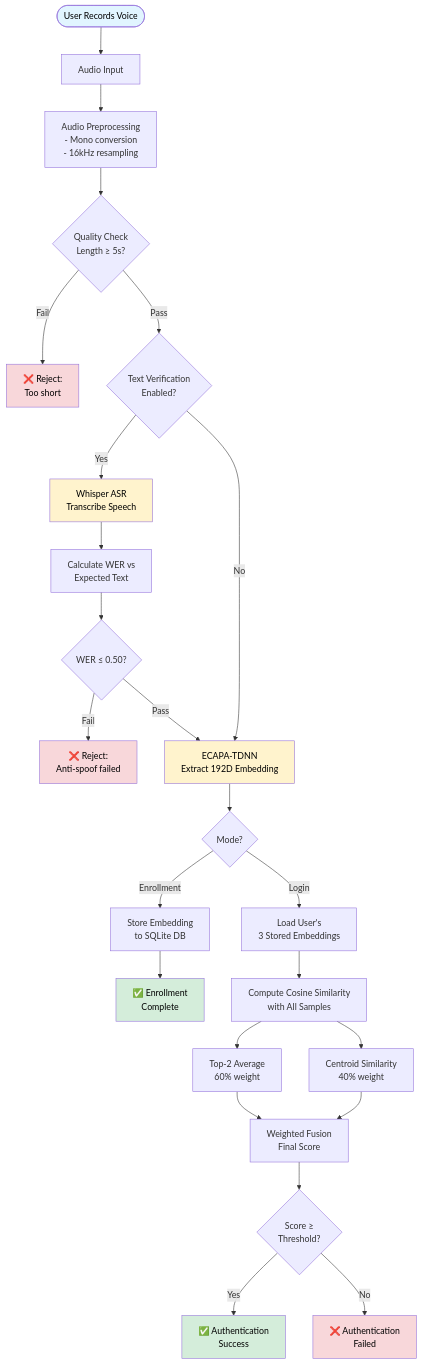
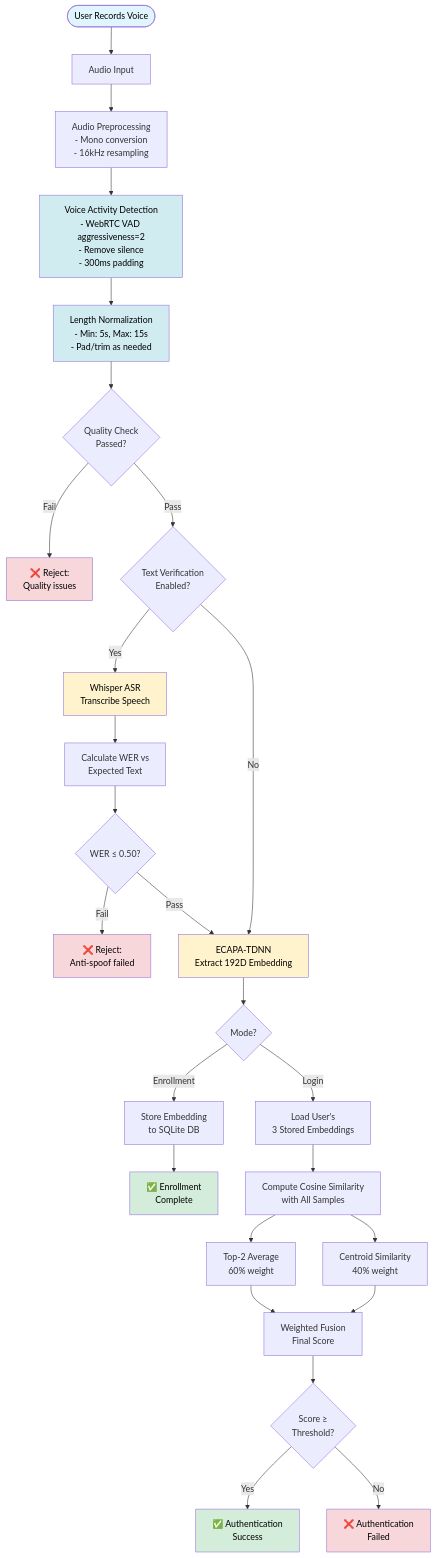
Before and after one commit to phatpham9/Voice-Login-ECAPA-TDNN: the diagram in README.md, drawn with Mermaid. The commit also changed other lines of this file and 2 other files, not shown here.

Commit message:
feat: integrate WebRTC VAD for improved audio preprocessing in embedding extraction

````diff
--- a/README.md
+++ b/README.md
@@ -226,40 +303,44 @@
 ```mermaid
 flowchart TB
     Start([User Records Voice]) --> AudioInput[Audio Input]
     AudioInput --> Preprocessing[Audio Preprocessing<br/>- Mono conversion<br/>- 16kHz resampling]
-    Preprocessing --> QualityCheck{Quality Check<br/>Length ≥ 5s?}
-    QualityCheck -->|Fail| Reject1[❌ Reject:<br/>Too short]
+    Preprocessing --> VAD[Voice Activity Detection<br/>- WebRTC VAD aggressiveness=2<br/>- Remove silence<br/>- 300ms padding]
+    VAD --> LengthNorm[Length Normalization<br/>- Min: 5s, Max: 15s<br/>- Pad/trim as needed]
+    LengthNorm --> QualityCheck{Quality Check<br/>Passed?}
+    QualityCheck -->|Fail| Reject1[❌ Reject:<br/>Quality issues]
     QualityCheck -->|Pass| TextVerify{Text Verification<br/>Enabled?}
     
     TextVerify -->|Yes| Whisper[Whisper ASR<br/>Transcribe Speech]
     Whisper --> WERCalc[Calculate WER vs<br/>Expected Text]
     WERCalc --> WERCheck{WER ≤ 0.50?}
     WERCheck -->|Fail| Reject2[❌ Reject:<br/>Anti-spoof failed]
     WERCheck -->|Pass| ECAPA[ECAPA-TDNN<br/>Extract 192D Embedding]
     
     TextVerify -->|No| ECAPA
     
     ECAPA --> Mode{Mode?}
     
     Mode -->|Enrollment| Store[Store Embedding<br/>to SQLite DB]
     Store --> Success1[✅ Enrollment<br/>Complete]
     
     Mode -->|Login| LoadDB[Load User's<br/>3 Stored Embeddings]
     LoadDB --> CompareAll[Compute Cosine Similarity<br/>with All Samples]
     CompareAll --> TopK[Top-2 Average<br/>60% weight]
     CompareAll --> Centroid[Centroid Similarity<br/>40% weight]
     TopK --> Fusion[Weighted Fusion<br/>Final Score]
     Centroid --> Fusion
     Fusion --> ThresholdCheck{Score ≥<br/>Threshold?}
     ThresholdCheck -->|Yes| Success2[✅ Authentication<br/>Success]
     ThresholdCheck -->|No| Reject3[❌ Authentication<br/>Failed]
     
     style Start fill:#e1f5ff,color:#000
     style Success1 fill:#d4edda,color:#000
     style Success2 fill:#d4edda,color:#000
     style Reject1 fill:#f8d7da,color:#000
     style Reject2 fill:#f8d7da,color:#000
     style Reject3 fill:#f8d7da,color:#000
     style Whisper fill:#fff3cd,color:#000
     style ECAPA fill:#fff3cd,color:#000
+    style VAD fill:#d1ecf1,color:#000
+    style LengthNorm fill:#d1ecf1,color:#000
 ```
````
